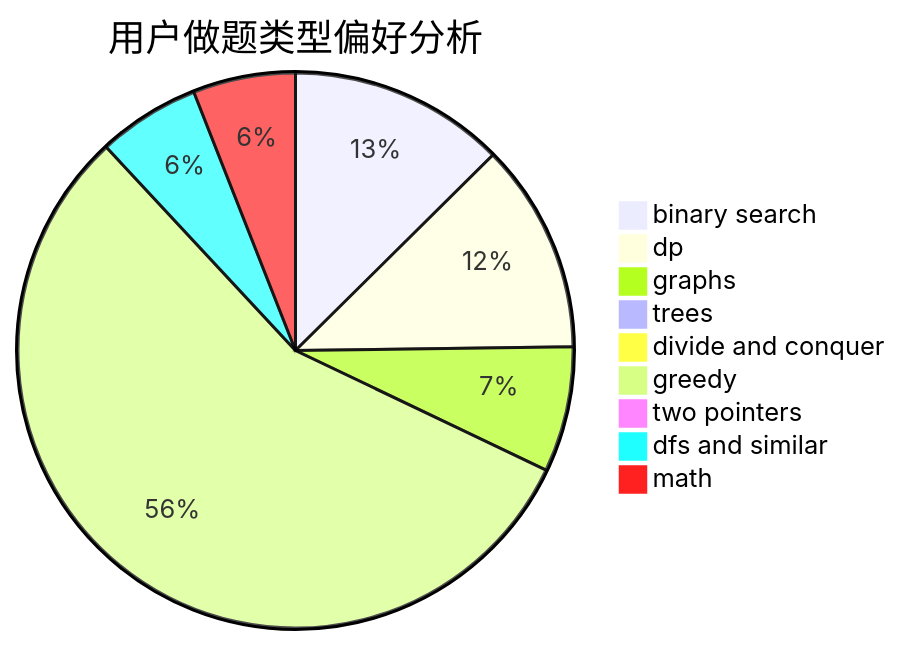
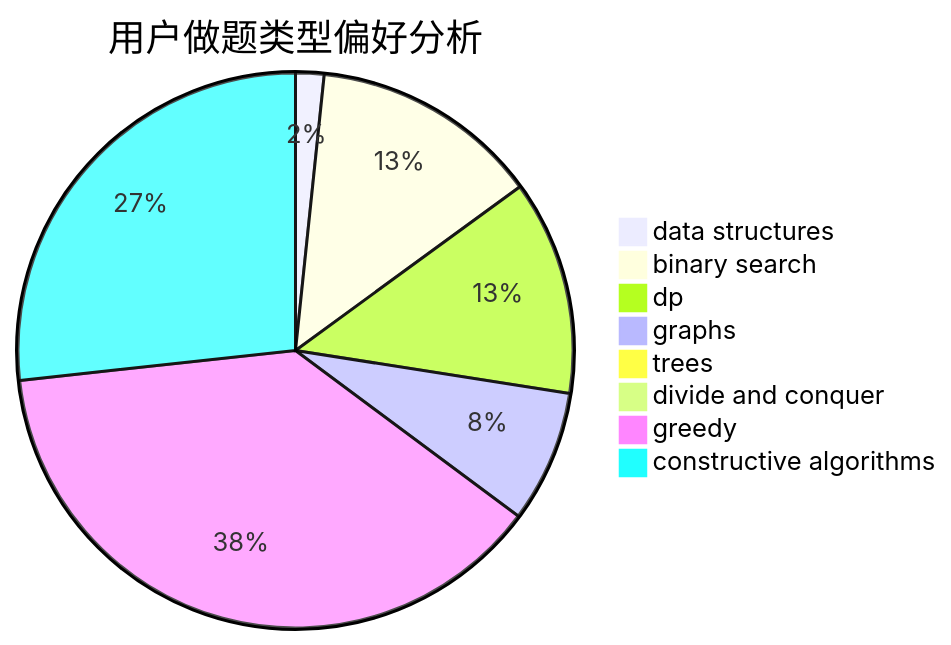
Before and after one commit to sherpahu/cfrs.github.io: the second of 3 diagrams in docs/user/u1737.md, drawn with Mermaid. The commit also changed other lines of this file and 2775 other files, not shown here.

````diff
--- a/docs/user/u1737.md
+++ b/docs/user/u1737.md
@@ -23,12 +23,11 @@
 ```mermaid
 pie title 用户做题类型偏好分析
-    "binary search" :  310
-    "dp" :  301
-    "graphs" :  180
-    "trees" :  3
+    "data structures" :  35
+    "binary search" :  282
+    "dp" :  265
+    "graphs" :  163
+    "trees" :  0
     "divide and conquer" :  0
-    "greedy" :  1380
-    "two pointers" :  2
-    "dfs and similar" :  147
-    "math" :  147
+    "greedy" :  807
+    "constructive algorithms" :  566
 ```
````
